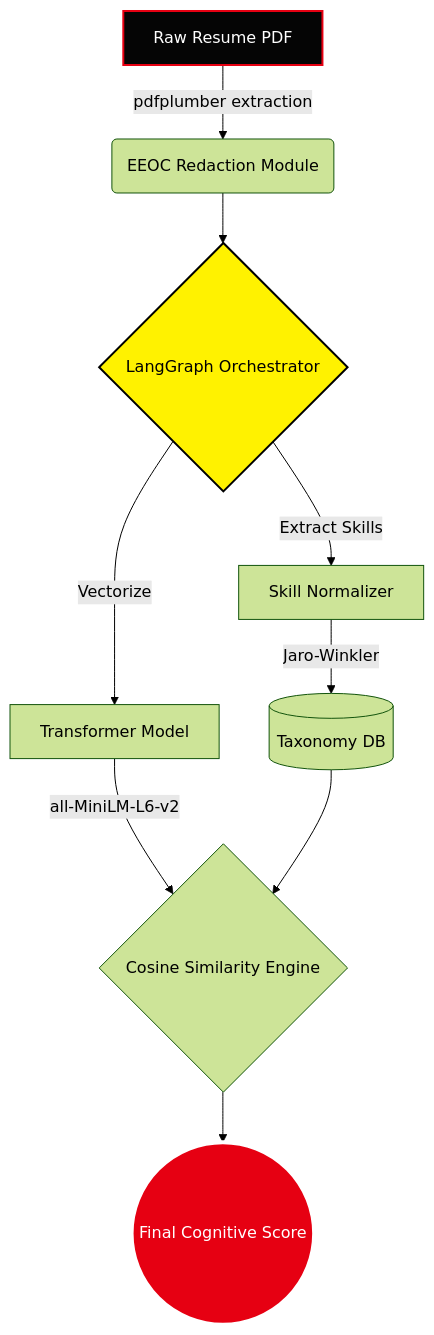
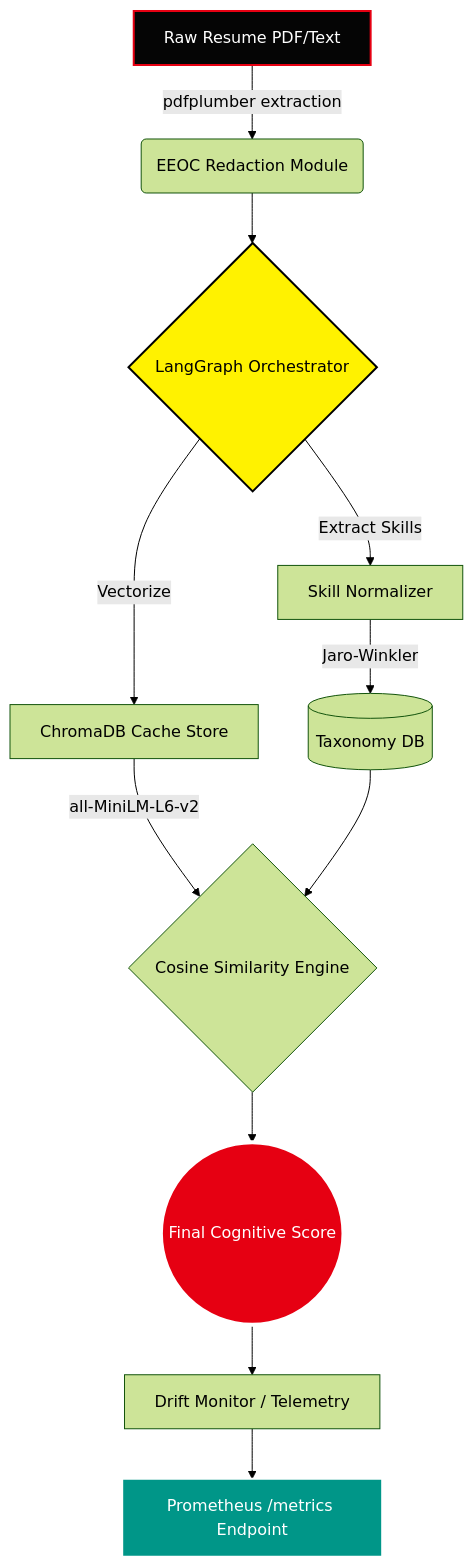
Before and after one commit to naman-fr/PSI_resume_analyser: the diagram in README.md, drawn with Mermaid (forest theme). The commit also changed other lines of this file and 12 other files, not shown here.

Commit message:
feat: implement CLI client, persistent vector store caching, telemetry endpoints, and data drift monitor

````diff
--- a/README.md
+++ b/README.md
@@ -74,19 +151,22 @@
 ```mermaid
 graph TD
-    A[Raw Resume PDF] -->|pdfplumber extraction| B(EEOC Redaction Module)
+    A[Raw Resume PDF/Text] -->|pdfplumber extraction| B(EEOC Redaction Module)
     B --> C{LangGraph Orchestrator}
     
     C -->|Extract Skills| D[Skill Normalizer]
     D -->|Jaro-Winkler| E[(Taxonomy DB)]
     
-    C -->|Vectorize| F[Transformer Model]
+    C -->|Vectorize| F[ChromaDB Cache Store]
     F -->|all-MiniLM-L6-v2| G{Cosine Similarity Engine}
     
     E --> G
+    G --> H((Final Cognitive Score))
     
-    G --> H((Final Cognitive Score))
+    H --> I[Drift Monitor / Telemetry]
+    I --> J[Prometheus /metrics Endpoint]
     
     style A fill:#050505,stroke:#E60012,stroke-width:2px,color:#fff
     style H fill:#E60012,stroke:#fff,stroke-width:4px,color:#fff
     style C fill:#FFF200,stroke:#000,stroke-width:2px,color:#000
+    style J fill:#009688,stroke:#fff,stroke-width:2px,color:#fff
 ```
````
